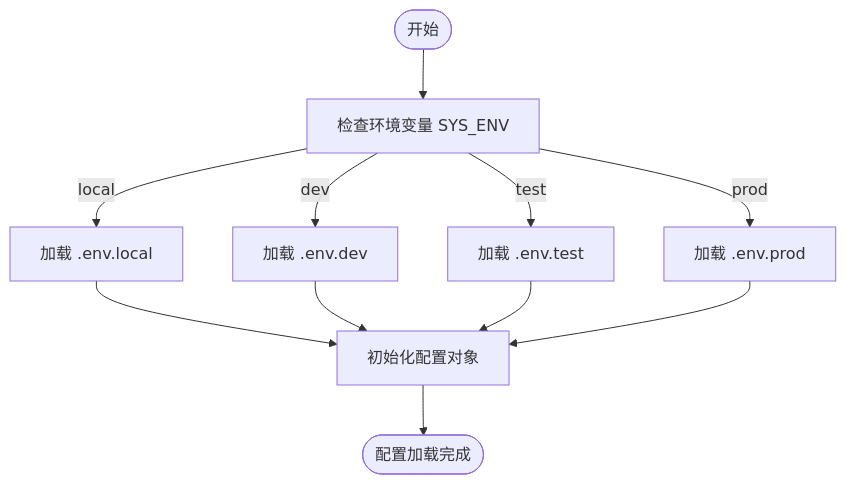
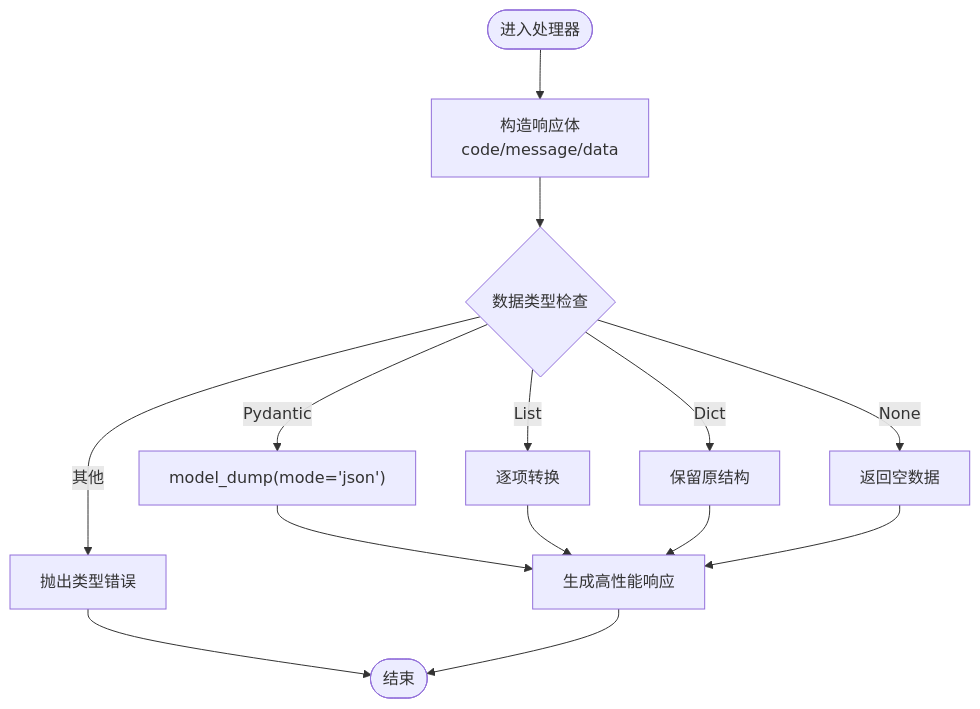
One commit to lilinzezzzzzz/fastapi-backend changed the fourth of 9 diagrams in .qoder/repowiki/zh/content/项目概述.md. Above: the diagram before and after it, drawn with Mermaid. The commit also changed other lines of this file and 104 other files, not shown here.

````diff
--- a/.qoder/repowiki/zh/content/项目概述.md
+++ b/.qoder/repowiki/zh/content/项目概述.md
@@ -153,13 +239,16 @@
 ```mermaid
 flowchart TD
-Start([开始]) --> CheckEnv["检查环境变量 SYS_ENV"]
-CheckEnv --> |local| LoadLocal["加载 .env.local"]
-CheckEnv --> |dev| LoadDev["加载 .env.dev"]
-CheckEnv --> |test| LoadTest["加载 .env.test"]
-CheckEnv --> |prod| LoadProd["加载 .env.prod"]
-LoadLocal --> InitSetting["初始化配置对象"]
-LoadDev --> InitSetting
-LoadTest --> InitSetting
-LoadProd --> InitSetting
-InitSetting --> End([配置加载完成])
+Start(["进入处理器"]) --> Build["构造响应体<br/>code/message/data"]
+Build --> TypeCheck{"数据类型检查"}
+TypeCheck --> |Pydantic| Dump["model_dump(mode='json')"]
+TypeCheck --> |List| DumpList["逐项转换"]
+TypeCheck --> |Dict| Keep["保留原结构"]
+TypeCheck --> |None| ReturnEmpty["返回空数据"]
+TypeCheck --> |其他| Raise["抛出类型错误"]
+Dump --> Resp["生成高性能响应"]
+DumpList --> Resp
+Keep --> Resp
+ReturnEmpty --> Resp
+Raise --> End(["结束"])
+Resp --> End
 ```
````
